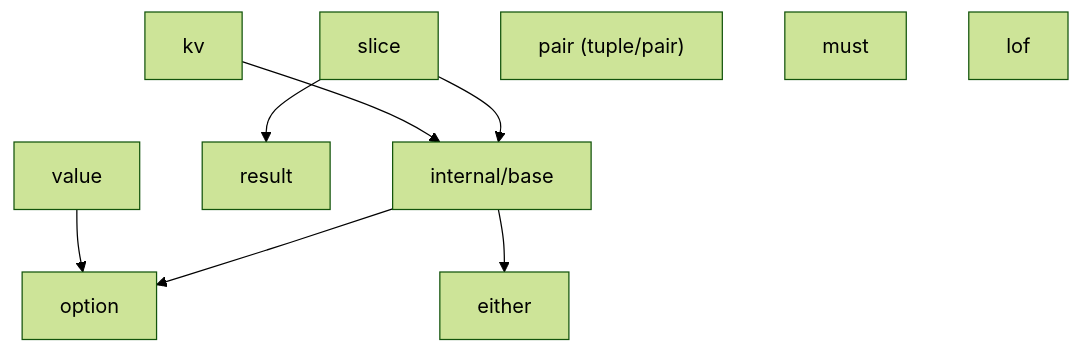
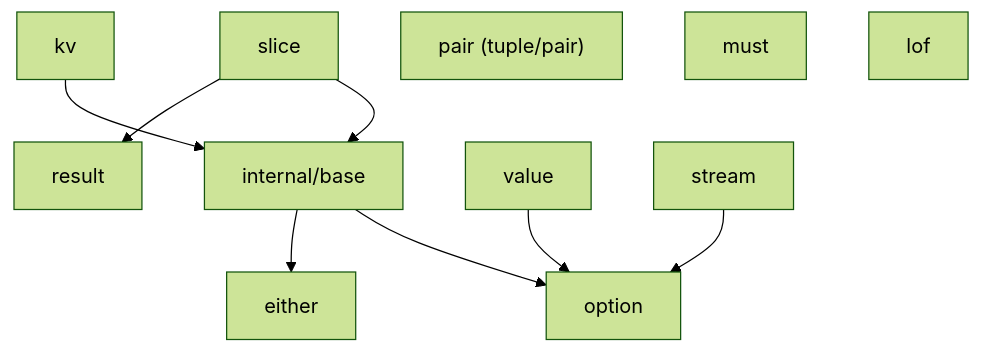
The diagram in docs/design.md (binaryphile/fluentfp), drawn with Mermaid (forest theme) before and after one commit. The commit also changed other lines of this file and 10 other files, not shown here.

First line of the commit message:
feat: add stream package — lazy memoized sequences (pure sources)

````diff
--- a/docs/design.md
+++ b/docs/design.md
@@ -7,13 +7,14 @@
 ```mermaid
 flowchart TD
     base["internal/base"] --> option
     base --> either
     slice --> base
     slice --> result
     kv --> base
     value --> option
     result
+    stream --> option
     pair["pair (tuple/pair)"]
     must
     lof
 ```
````
